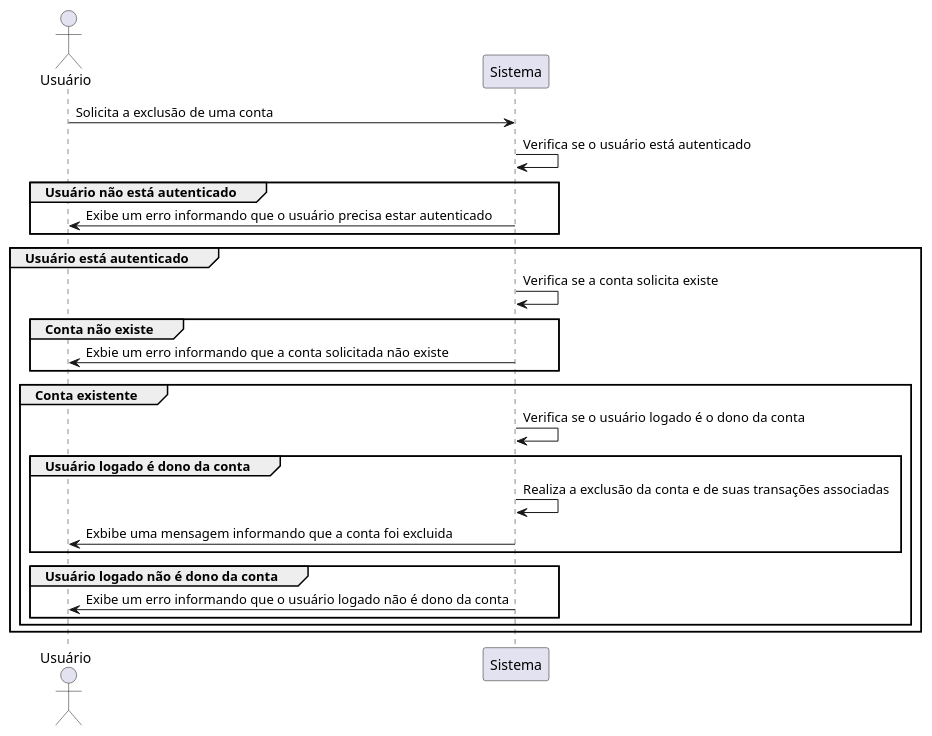
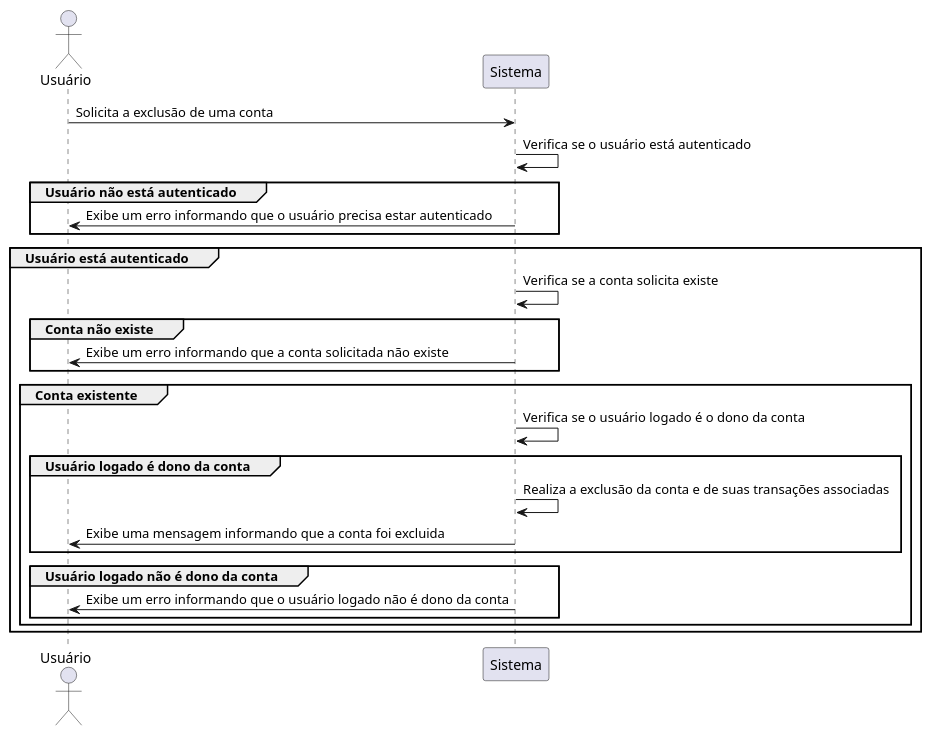
The diagram in casos-de-uso/conta/CON05.puml (CleysonPH/desafio-gastos-pessoais), drawn with PlantUML before and after one commit. The commit also changed 8 other files, not shown here.

```diff
--- a/casos-de-uso/conta/CON05.puml
+++ b/casos-de-uso/conta/CON05.puml
@@ -1,34 +1,34 @@
 @startuml CON05
 
 actor Usuário
 participant Sistema
 
 Usuário -> Sistema: Solicita a exclusão de uma conta
 
 Sistema -> Sistema: Verifica se o usuário está autenticado
 
 group Usuário não está autenticado
   Sistema -> Usuário: Exibe um erro informando que o usuário precisa estar autenticado
 end
 
 group Usuário está autenticado
   Sistema -> Sistema: Verifica se a conta solicita existe
   group Conta não existe
-    Sistema -> Usuário: Exbie um erro informando que a conta solicitada não existe
+    Sistema -> Usuário: Exibe um erro informando que a conta solicitada não existe
   end
 
   group Conta existente
     Sistema -> Sistema: Verifica se o usuário logado é o dono da conta
 
     group Usuário logado é dono da conta
       Sistema -> Sistema: Realiza a exclusão da conta e de suas transações associadas
-      Sistema -> Usuário: Exbibe uma mensagem informando que a conta foi excluida
+      Sistema -> Usuário: Exibe uma mensagem informando que a conta foi excluida
     end
 
     group Usuário logado não é dono da conta
       Sistema -> Usuário: Exibe um erro informando que o usuário logado não é dono da conta
     end
   end
 end
 
 @enduml
```
